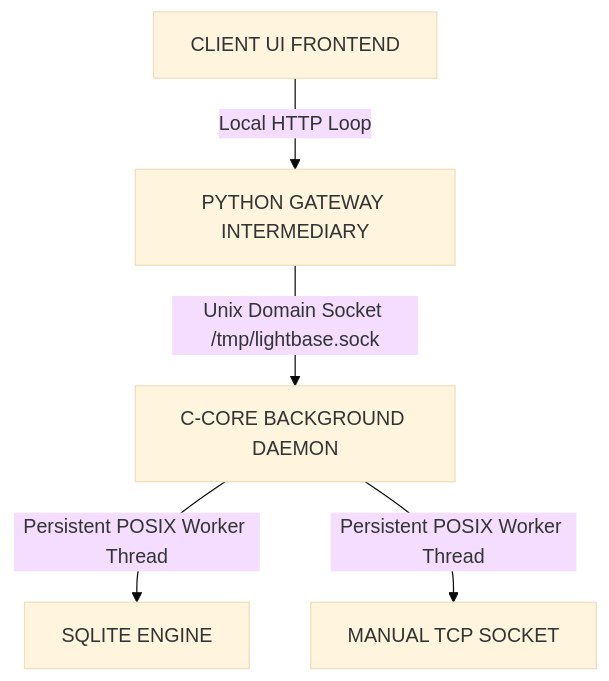
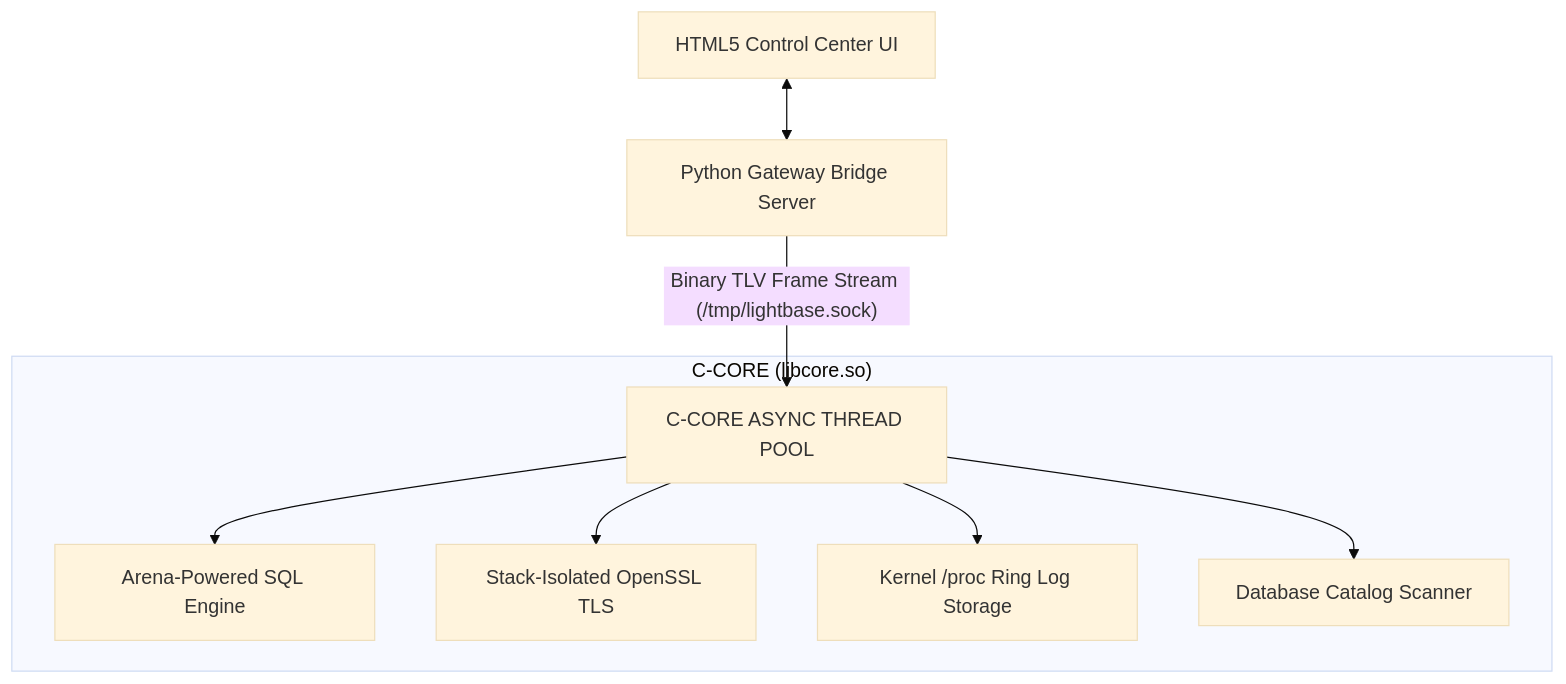
The diagram in README.md (Aarav90-cpu/LightBase), drawn with Mermaid (base theme) before and after one commit. The commit also changed other lines of this file and 1 other file, not shown here.

````diff
--- a/README.md
+++ b/README.md
@@ -13,7 +13,12 @@
 ```mermaid
 graph TD
-    UI[CLIENT UI FRONTEND] -- Local HTTP Loop --> PY[PYTHON GATEWAY INTERMEDIARY]
-    PY -- Unix Domain Socket /tmp/lightbase.sock --> CORE[C-CORE BACKGROUND DAEMON]
-    CORE -- Persistent POSIX Worker Thread --> SQL[SQLITE ENGINE]
-    CORE -- Persistent POSIX Worker Thread --> TCP[MANUAL TCP SOCKET]
+    UI[HTML5 Control Center UI] <--> PY[Python Gateway Bridge Server]
+    PY -- "Binary TLV Frame Stream (/tmp/lightbase.sock)" --> CORE[C-CORE ASYNC THREAD POOL]
+    
+    subgraph "C-CORE (libcore.so)"
+    CORE --> R1[Arena-Powered SQL Engine]
+    CORE --> R2[Stack-Isolated OpenSSL TLS]
+    CORE --> R3[Kernel /proc Ring Log Storage]
+    CORE --> R4[Database Catalog Scanner]
+    end
 ```
````
